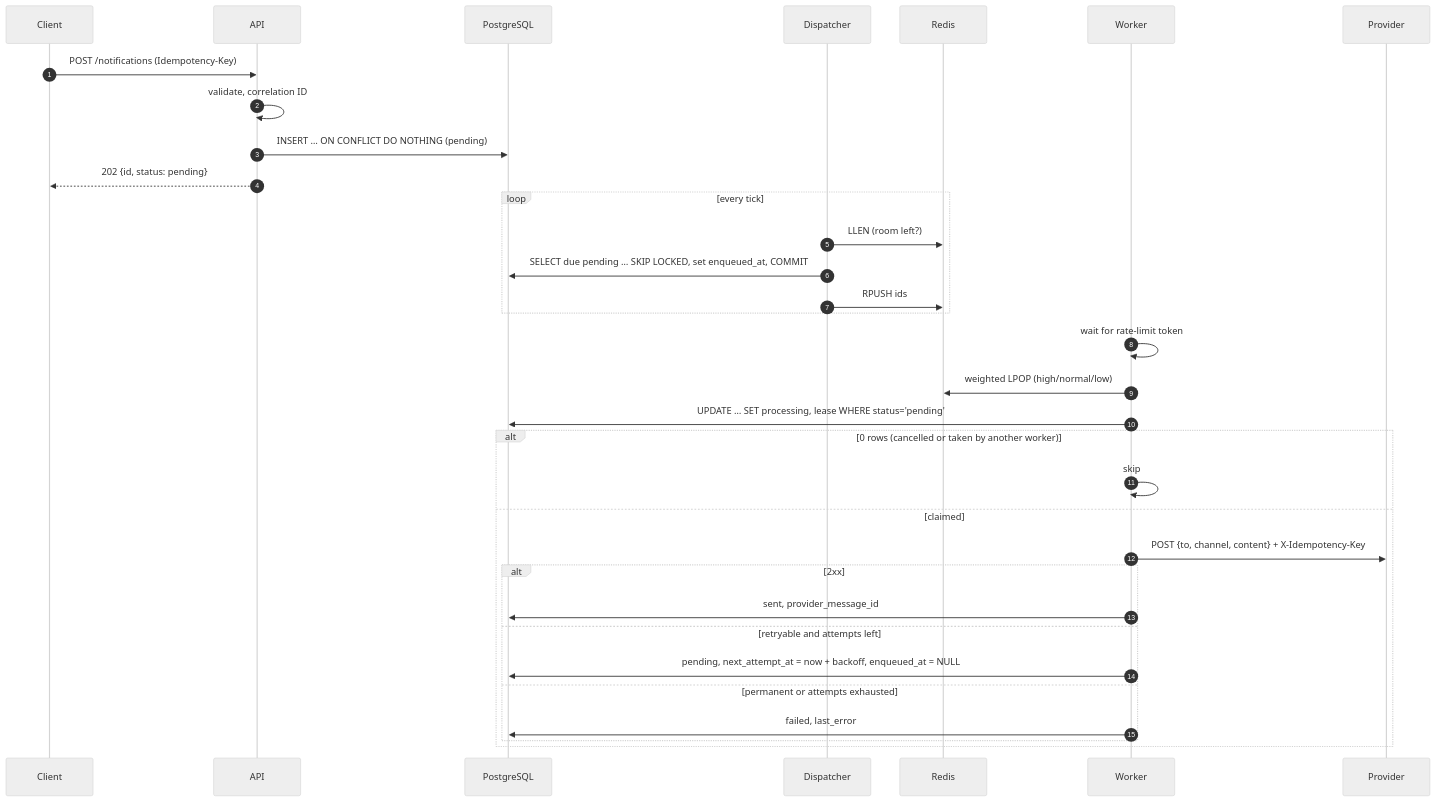
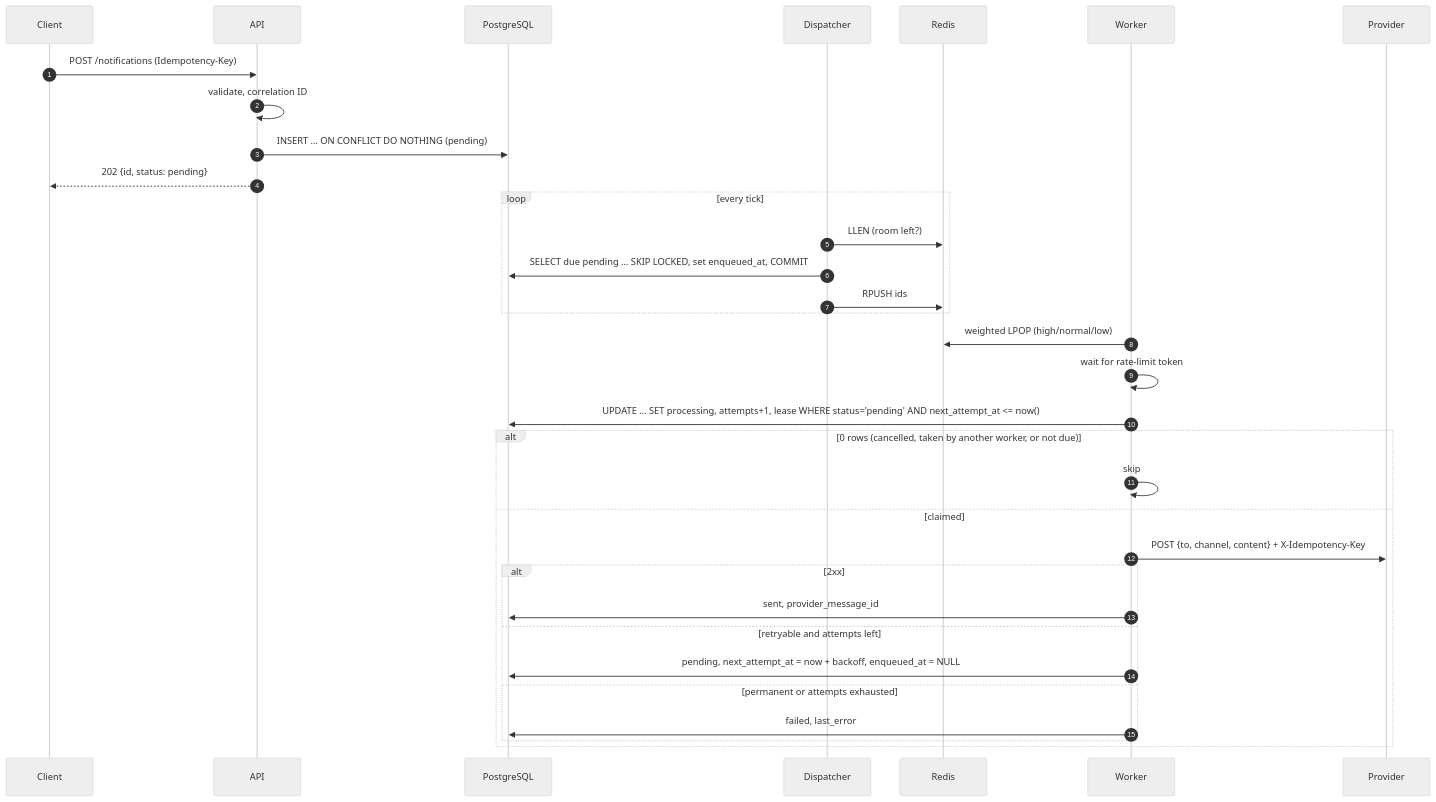
One commit to keremakkn/insider-notification changed the third of 5 diagrams in docs/DESIGN.md. Above: the diagram before and after it, drawn with Mermaid (neutral theme). The commit also changed other lines of this file and 10 other files, not shown here.

````diff
--- a/docs/DESIGN.md
+++ b/docs/DESIGN.md
@@ -278,38 +278,38 @@
 ```mermaid
 sequenceDiagram
     autonumber
     participant C as Client
     participant A as API
     participant DB as PostgreSQL
     participant D as Dispatcher
     participant Q as Redis
     participant W as Worker
     participant P as Provider
 
     C->>A: POST /notifications (Idempotency-Key)
     A->>A: validate, correlation ID
     A->>DB: INSERT … ON CONFLICT DO NOTHING (pending)
     A-->>C: 202 {id, status: pending}
 
     loop every tick
         D->>Q: LLEN (room left?)
         D->>DB: SELECT due pending … SKIP LOCKED, set enqueued_at, COMMIT
         D->>Q: RPUSH ids
     end
 
+    W->>Q: weighted LPOP (high/normal/low)
     W->>W: wait for rate-limit token
-    W->>Q: weighted LPOP (high/normal/low)
-    W->>DB: UPDATE … SET processing, lease WHERE status='pending'
-    alt 0 rows (cancelled or taken by another worker)
+    W->>DB: UPDATE … SET processing, attempts+1, lease WHERE status='pending' AND next_attempt_at <= now()
+    alt 0 rows (cancelled, taken by another worker, or not due)
         W->>W: skip
     else claimed
         W->>P: POST {to, channel, content} + X-Idempotency-Key
         alt 2xx
             W->>DB: sent, provider_message_id
         else retryable and attempts left
             W->>DB: pending, next_attempt_at = now + backoff, enqueued_at = NULL
         else permanent or attempts exhausted
             W->>DB: failed, last_error
         end
     end
 ```
````
